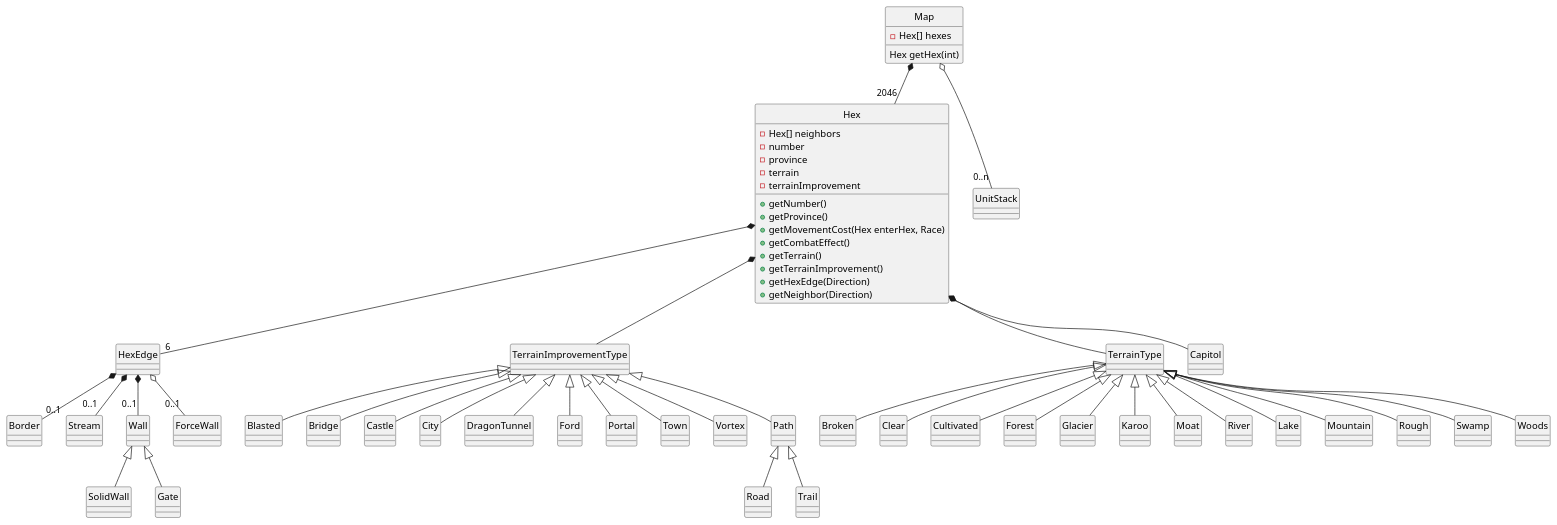
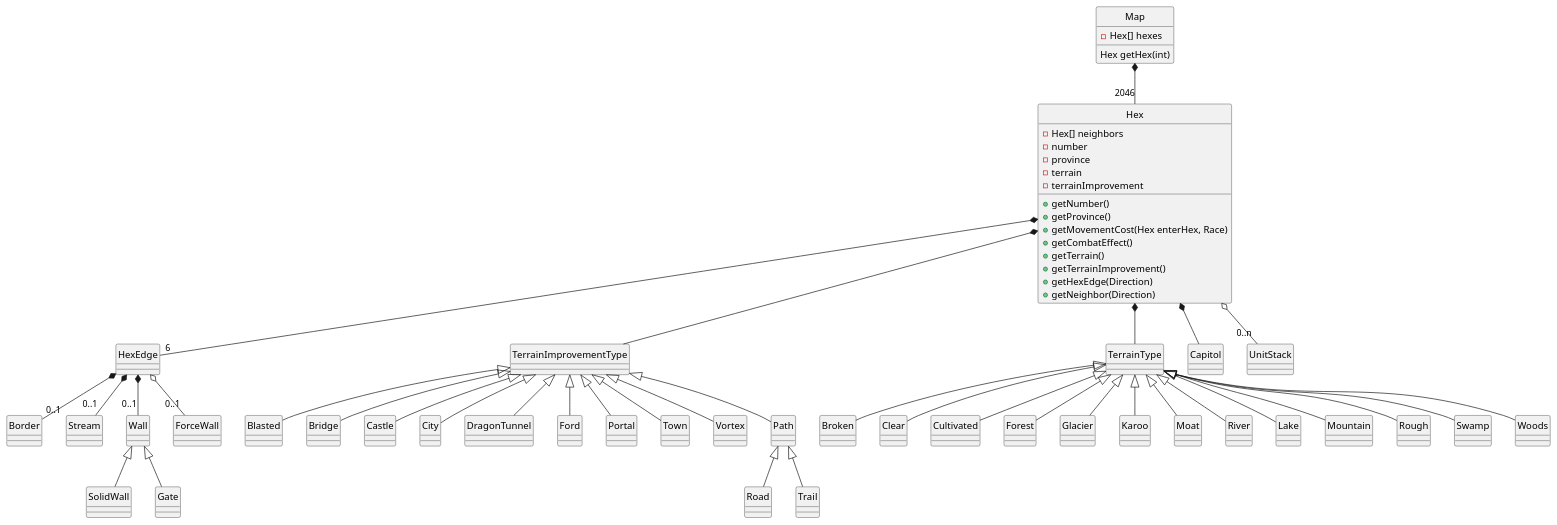
The diagram in mapmove.pu (CS383-Sword-and-Sorcery/HW3), drawn with PlantUML before and after one commit.

Commit message:
units exist in hexes, not the map directly

```diff
--- a/mapmove.pu
+++ b/mapmove.pu
@@ -1,65 +1,65 @@
 @startuml
 hide circle
 ' <|-- is "extention" and used for class inheritence
 ' *-- is composition (static aggregation), for when b is permanently "part of" a
 ' o-- is aggregation (dynamic aggregation)
 
 class Map {
     -Hex[] hexes
 	Hex getHex(int)
 }
 
 class Hex {
 	-Hex[] neighbors
     -number
     -province
     -terrain
     -terrainImprovement
     +getNumber()
     +getProvince()
     +getMovementCost(Hex enterHex, Race)
     +getCombatEffect()
     +getTerrain()
     +getTerrainImprovement()
 	+getHexEdge(Direction)
     +getNeighbor(Direction)
 }
 
-Map o-- "0..n" UnitStack
 Map *-- "2046" Hex
 Hex *-- "6" HexEdge
 Hex *-- TerrainImprovementType
 Hex *-- TerrainType
 Hex *-- Capitol
+Hex o-- "0..n" UnitStack
 HexEdge *-- "0..1" Border
 HexEdge *-- "0..1" Stream
 HexEdge *-- "0..1" Wall
                    Wall <|-- SolidWall
                    Wall <|-- Gate
 HexEdge o-- "0..1" ForceWall
 TerrainType <|-- Broken
 TerrainType <|-- Clear
 TerrainType <|-- Cultivated
 TerrainType <|-- Forest
 TerrainType <|-- Glacier
 TerrainType <|-- Karoo
 TerrainType <|-- Moat
 TerrainType <|-- River
 TerrainType <|-- Lake
 TerrainType <|-- Mountain
 TerrainType <|-- Rough
 TerrainType <|-- Swamp
 TerrainType <|-- Woods
 TerrainImprovementType <|-- Blasted
 TerrainImprovementType <|-- Bridge
 TerrainImprovementType <|-- Castle
 TerrainImprovementType <|-- City
 TerrainImprovementType <|-- DragonTunnel
 TerrainImprovementType <|-- Ford
 TerrainImprovementType <|-- Portal
 TerrainImprovementType <|-- Town
 TerrainImprovementType <|-- Vortex
 TerrainImprovementType <|-- Path
                             Path <|-- Road
                             Path <|-- Trail
 @enduml
```
